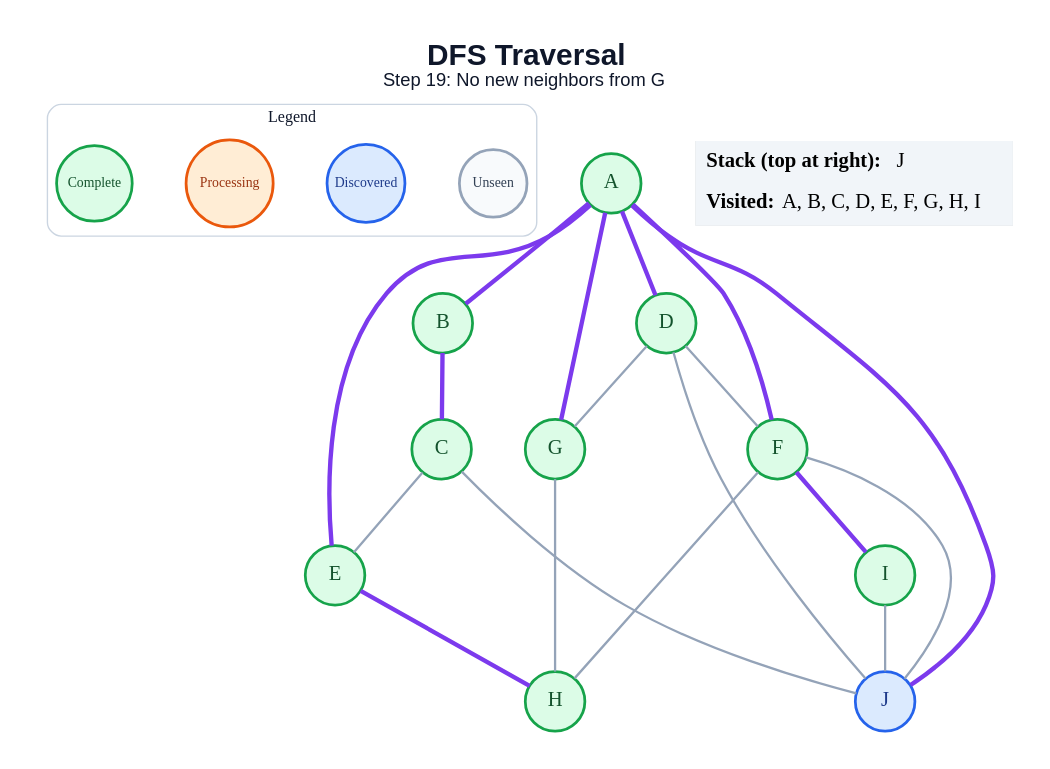
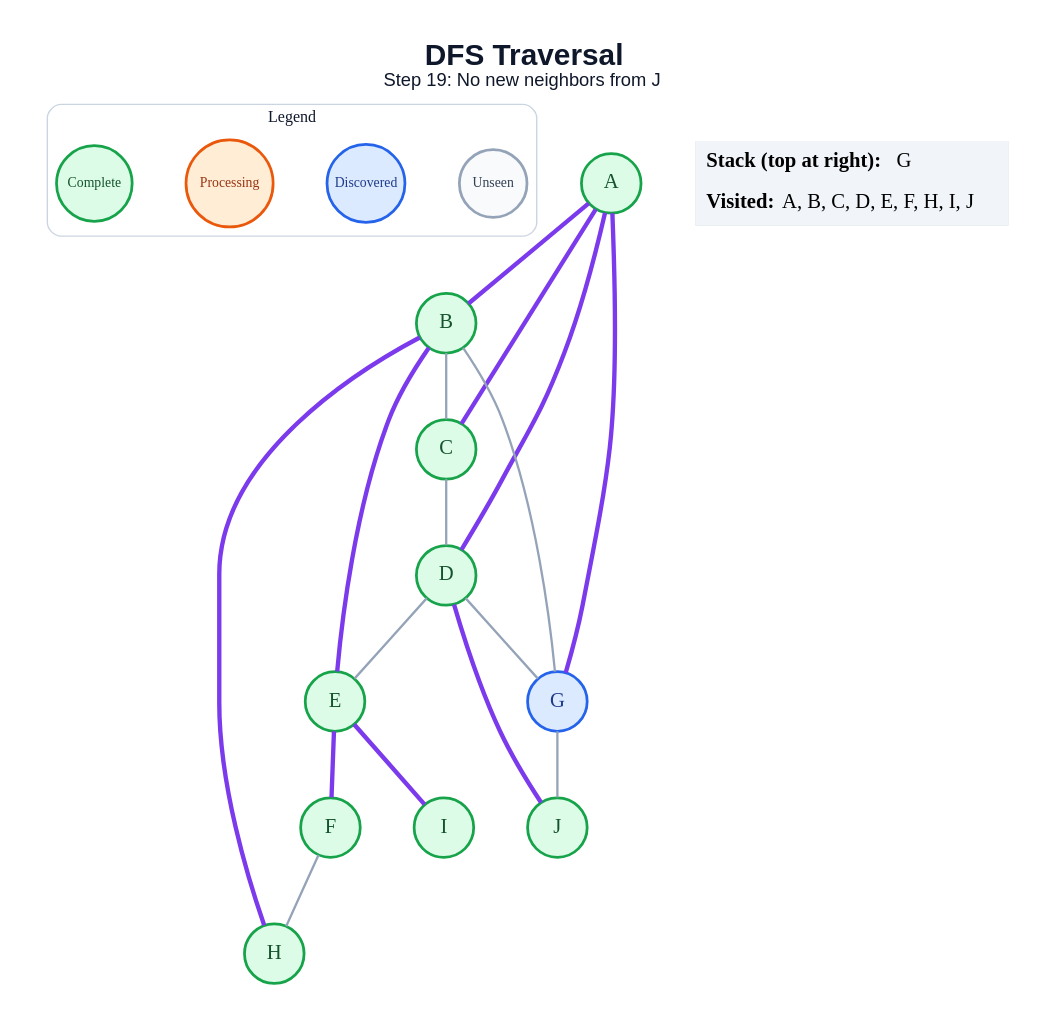
One commit to amanghodawala9/ai-slop changed the diagram in generated/dfs/step_19.dot. Above: the diagram before and after it, drawn with Graphviz. The commit also changed 178 other files, not shown here.

```diff
--- a/generated/dfs/step_19.dot
+++ b/generated/dfs/step_19.dot
@@ -1,47 +1,45 @@
 graph traversal {
   graph [layout=dot, rankdir=TB, bgcolor="#FFFFFF", pad="0.35", nodesep="0.65", ranksep="0.8", fontname="Arial"];
   node [shape=circle, style="filled", fontname="Arial Bold", fontsize=18, width=0.72, fixedsize=true, penwidth=2.4];
   edge [color="#94A3B8", penwidth=2.0];
-  label=<<B>DFS Traversal</B><BR/><FONT POINT-SIZE="16">Step 19: No new neighbors from G</FONT>>; labelloc="t"; fontsize=26; fontname="Arial"; fontcolor="#0F172A";
+  label=<<B>DFS Traversal</B><BR/><FONT POINT-SIZE="16">Step 19: No new neighbors from J</FONT>>; labelloc="t"; fontsize=26; fontname="Arial"; fontcolor="#0F172A";
   subgraph cluster_legend { label="Legend"; color="#CBD5E1"; penwidth=1.2; style="rounded"; fontsize=14; fontname="Arial Bold";
     key_unseen [label="Unseen", fillcolor="#F8FAFC", color="#94A3B8", fontcolor="#334155", fontsize=12, width=0.82];
     key_frontier [label="Discovered", fillcolor="#DBEAFE", color="#2563EB", fontcolor="#1E3A8A", fontsize=12, width=0.95];
     key_current [label="Processing", fillcolor="#FFEDD5", color="#EA580C", fontcolor="#9A3412", fontsize=12, width=1.05];
     key_done [label="Complete", fillcolor="#DCFCE7", color="#16A34A", fontcolor="#14532D", fontsize=12, width=0.92];
     { rank=same; key_unseen; key_frontier; key_current; key_done; }
   }
   A [fillcolor="#DCFCE7", color="#16A34A", fontcolor="#14532D"];
   B [fillcolor="#DCFCE7", color="#16A34A", fontcolor="#14532D"];
   C [fillcolor="#DCFCE7", color="#16A34A", fontcolor="#14532D"];
   D [fillcolor="#DCFCE7", color="#16A34A", fontcolor="#14532D"];
   E [fillcolor="#DCFCE7", color="#16A34A", fontcolor="#14532D"];
   F [fillcolor="#DCFCE7", color="#16A34A", fontcolor="#14532D"];
-  G [fillcolor="#DCFCE7", color="#16A34A", fontcolor="#14532D"];
+  G [fillcolor="#DBEAFE", color="#2563EB", fontcolor="#1E3A8A"];
   H [fillcolor="#DCFCE7", color="#16A34A", fontcolor="#14532D"];
   I [fillcolor="#DCFCE7", color="#16A34A", fontcolor="#14532D"];
-  J [fillcolor="#DBEAFE", color="#2563EB", fontcolor="#1E3A8A"];
+  J [fillcolor="#DCFCE7", color="#16A34A", fontcolor="#14532D"];
   A -- B [color="#7C3AED", penwidth=3.8];
+  A -- C [color="#7C3AED", penwidth=3.8];
   A -- D [color="#7C3AED", penwidth=3.8];
-  A -- E [color="#7C3AED", penwidth=3.8];
-  A -- F [color="#7C3AED", penwidth=3.8];
   A -- G [color="#7C3AED", penwidth=3.8];
-  A -- J [color="#7C3AED", penwidth=3.8];
-  B -- C [color="#7C3AED", penwidth=3.8];
-  C -- E;
-  C -- J;
-  D -- F;
+  B -- C;
+  B -- E [color="#7C3AED", penwidth=3.8];
+  B -- G;
+  B -- H [color="#7C3AED", penwidth=3.8];
+  C -- D;
+  D -- E;
   D -- G;
-  D -- J;
-  E -- H [color="#7C3AED", penwidth=3.8];
+  D -- J [color="#7C3AED", penwidth=3.8];
+  E -- F [color="#7C3AED", penwidth=3.8];
+  E -- I [color="#7C3AED", penwidth=3.8];
   F -- H;
-  F -- I [color="#7C3AED", penwidth=3.8];
-  F -- J;
-  G -- H;
-  I -- J;
+  G -- J;
   status [shape=plain, fixedsize=false, width=0, height=0, margin=0, label=<
     <TABLE BORDER="0" CELLBORDER="0" CELLPADDING="7" BGCOLOR="#F1F5F9">
-      <TR><TD ALIGN="LEFT"><B>Stack (top at right):</B> J</TD></TR>
-      <TR><TD ALIGN="LEFT"><B>Visited:</B> A, B, C, D, E, F, G, H, I</TD></TR>
+      <TR><TD ALIGN="LEFT"><B>Stack (top at right):</B> G</TD></TR>
+      <TR><TD ALIGN="LEFT"><B>Visited:</B> A, B, C, D, E, F, H, I, J</TD></TR>
     </TABLE>
   >];
 }
```
